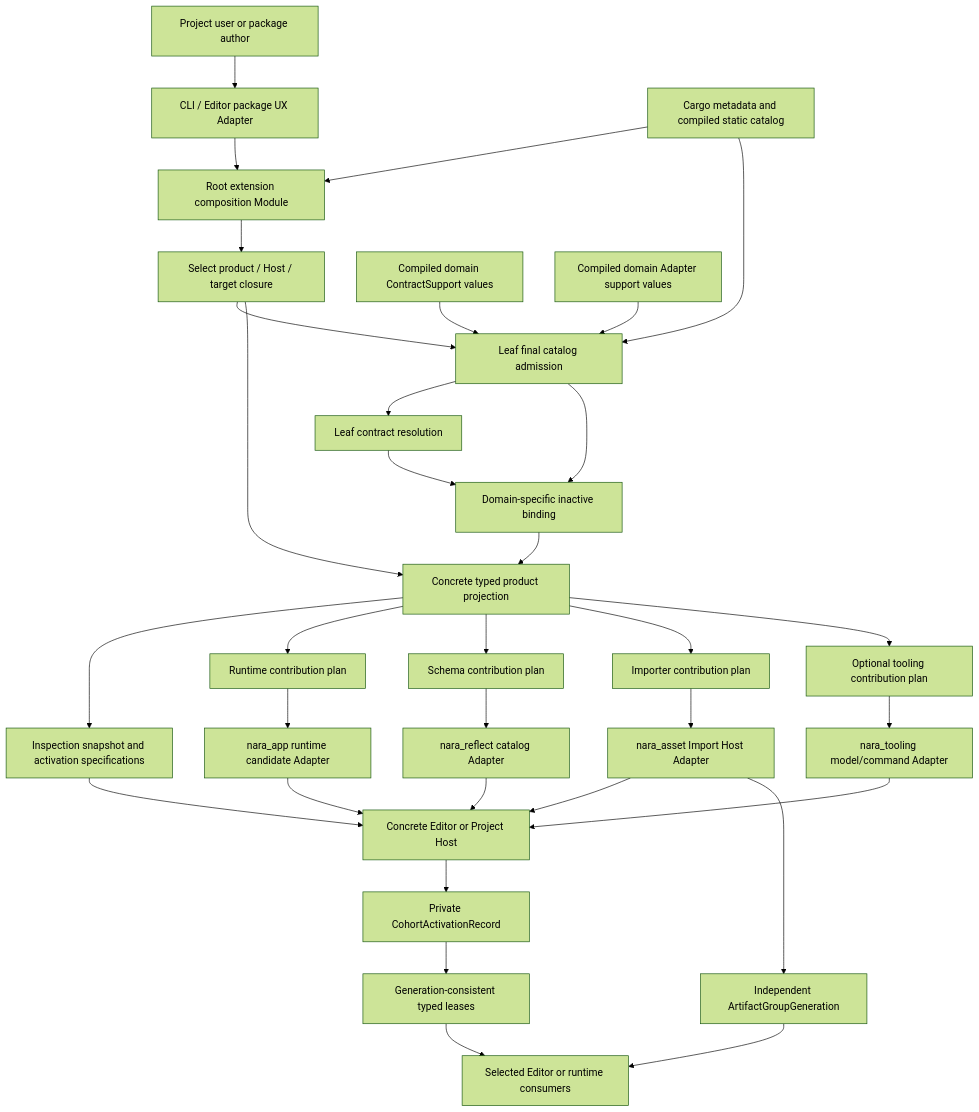
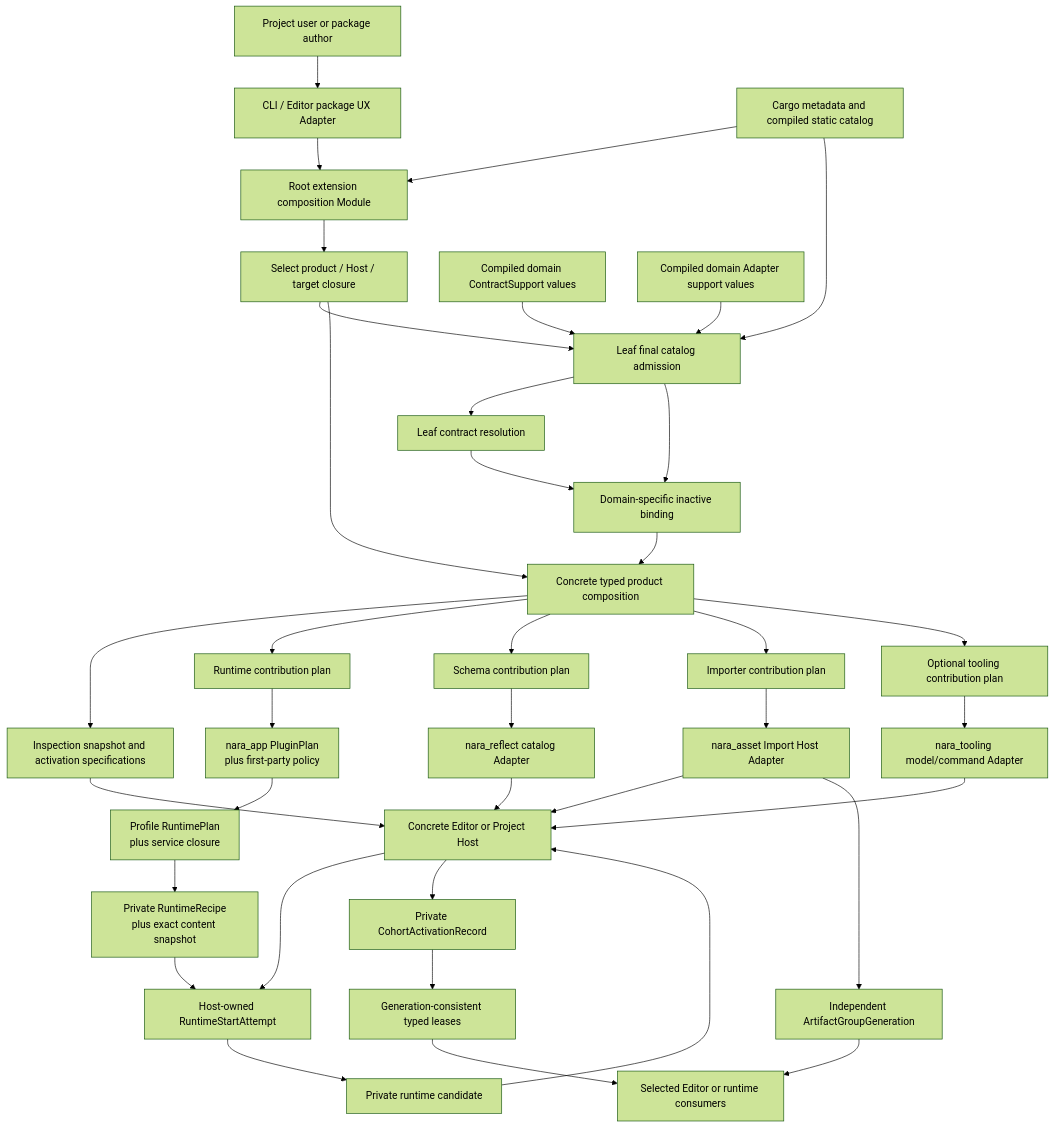
Before and after one commit to Latias94/nara: the second of 3 diagrams in docs/architecture/multi-role-extension-package-tracer-design.md, drawn with Mermaid (forest theme). The commit also changed other lines of this file and 15 other files, not shown here.

First line of the commit message:
docs(architecture): tighten runtime and authoring interfaces

````diff
--- a/docs/architecture/multi-role-extension-package-tracer-design.md
+++ b/docs/architecture/multi-role-extension-package-tracer-design.md
@@ -372,38 +372,43 @@
 ```mermaid
 flowchart TD
     User[Project user or package author] --> UX[CLI / Editor package UX Adapter]
     UX --> Root[Root extension composition Module]
     Cargo[Cargo metadata and compiled static catalog] --> Root
     Root --> Selection[Select product / Host / target closure]
     Selection --> Admission[Leaf final catalog admission]
     Cargo --> Admission
     ContractSupport[Compiled domain ContractSupport values] --> Admission
     AdapterSupport[Compiled domain Adapter support values] --> Admission
     Admission --> Resolve[Leaf contract resolution]
     Resolve --> Bind[Domain-specific inactive binding]
     Admission --> Bind
-    Bind --> Projection[Concrete typed product projection]
-    Selection --> Projection
+    Bind --> Composition[Concrete typed product composition]
+    Selection --> Composition
 
-    Projection --> Common[Inspection snapshot and activation specifications]
-    Projection --> RuntimePlan[Runtime contribution plan]
-    Projection --> SchemaPlan[Schema contribution plan]
-    Projection --> ImportPlan[Importer contribution plan]
-    Projection --> ToolPlan[Optional tooling contribution plan]
+    Composition --> Common[Inspection snapshot and activation specifications]
+    Composition --> RuntimeContributionPlan[Runtime contribution plan]
+    Composition --> SchemaPlan[Schema contribution plan]
+    Composition --> ImportPlan[Importer contribution plan]
+    Composition --> ToolPlan[Optional tooling contribution plan]
 
-    RuntimePlan --> App[nara_app runtime candidate Adapter]
+    RuntimeContributionPlan --> PluginPlan[nara_app PluginPlan<br/>plus first-party policy]
+    PluginPlan --> RuntimePlan[Profile RuntimePlan<br/>plus service closure]
+    RuntimePlan --> Recipe[Private RuntimeRecipe<br/>plus exact content snapshot]
+    Recipe --> Start[Host-owned RuntimeStartAttempt]
+    Start --> Candidate[Private runtime candidate]
     SchemaPlan --> Reflect[nara_reflect catalog Adapter]
     ImportPlan --> Asset[nara_asset Import Host Adapter]
     ToolPlan --> Tooling[nara_tooling model/command Adapter]
 
     Common --> Host[Concrete Editor or Project Host]
-    App --> Host
+    Host --> Start
+    Candidate --> Host
     Reflect --> Host
     Asset --> Host
     Tooling --> Host
     Host --> Active[Private CohortActivationRecord]
     Active --> Leases[Generation-consistent typed leases]
     Leases --> Consumers[Selected Editor or runtime consumers]
     Asset --> Artifacts[Independent ArtifactGroupGeneration]
     Artifacts --> Consumers
 ```
````
